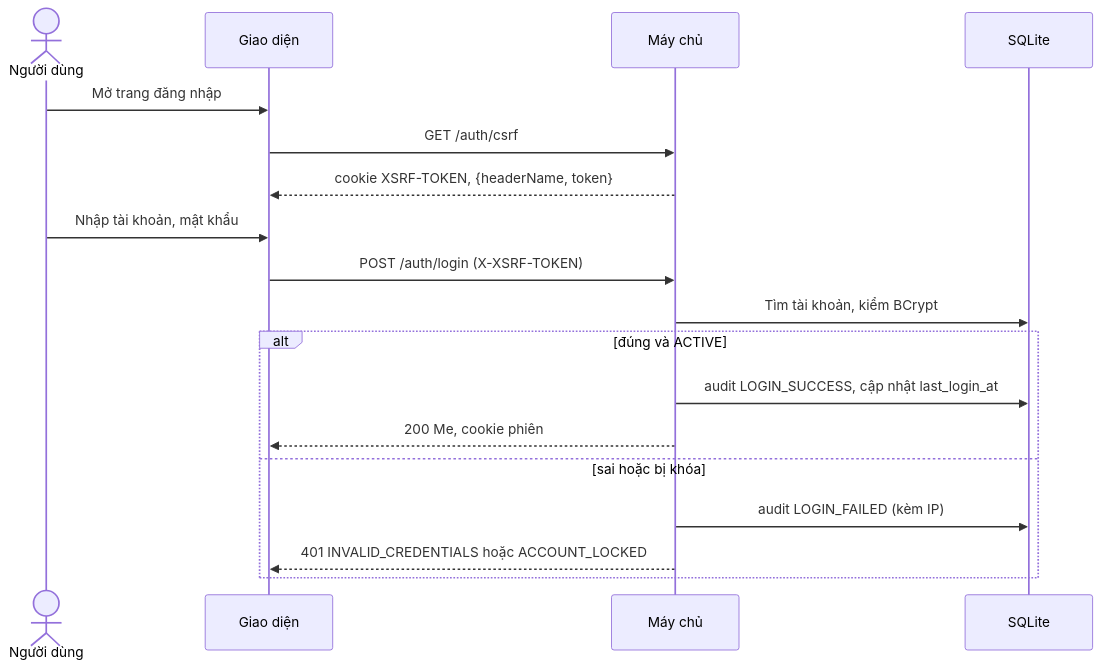
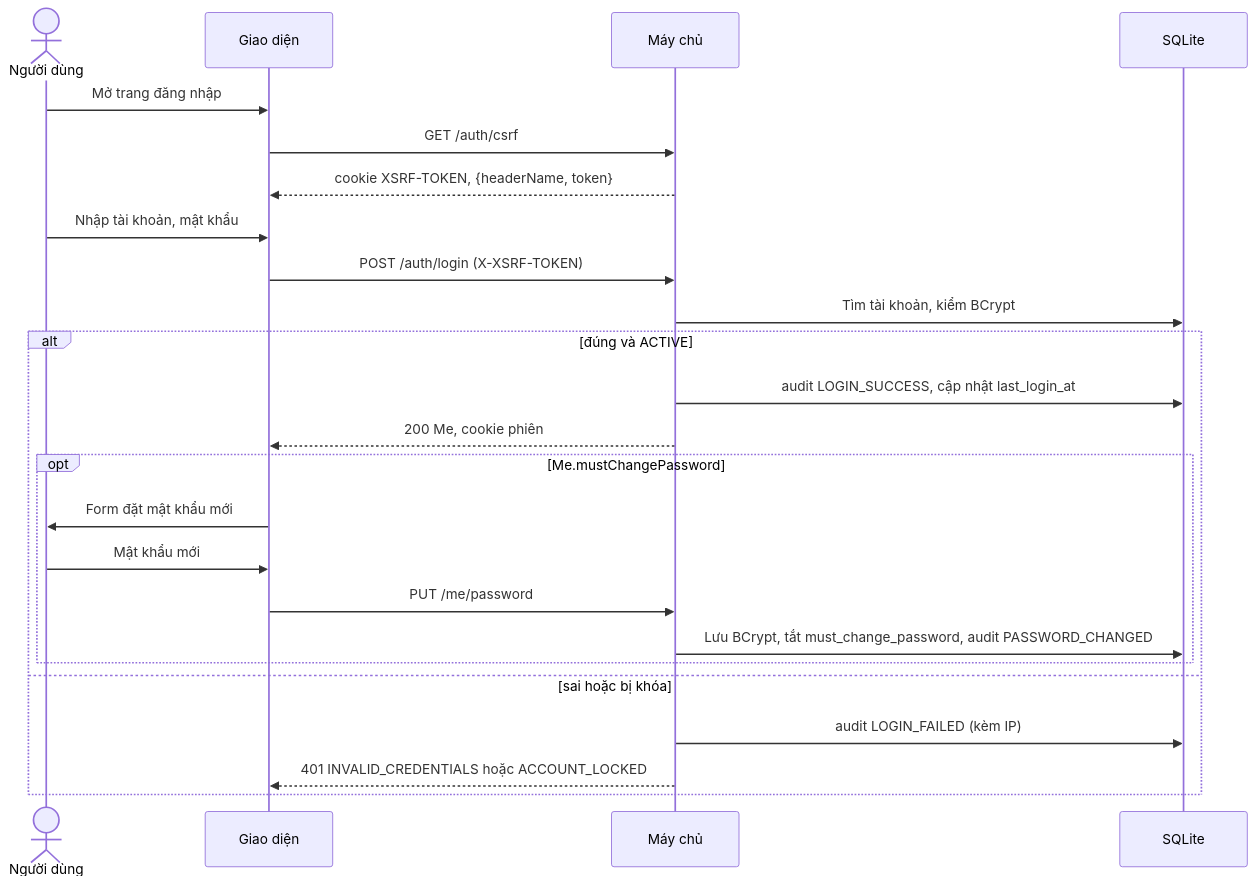
The third of 7 diagrams in docs/USE-CASE.md (copirlo20/Training-Statistics), drawn with Mermaid before and after one commit. The commit also changed other lines of this file and 31 other files, not shown here.

````diff
--- a/docs/USE-CASE.md
+++ b/docs/USE-CASE.md
@@ -402,20 +402,26 @@
 ```mermaid
 sequenceDiagram
     actor U as Người dùng
     participant FE as Giao diện
     participant API as Máy chủ
     participant DB as SQLite
     U->>FE: Mở trang đăng nhập
     FE->>API: GET /auth/csrf
     API-->>FE: cookie XSRF-TOKEN, {headerName, token}
     U->>FE: Nhập tài khoản, mật khẩu
     FE->>API: POST /auth/login (X-XSRF-TOKEN)
     API->>DB: Tìm tài khoản, kiểm BCrypt
     alt đúng và ACTIVE
         API->>DB: audit LOGIN_SUCCESS, cập nhật last_login_at
         API-->>FE: 200 Me, cookie phiên
+        opt Me.mustChangePassword
+            FE->>U: Form đặt mật khẩu mới
+            U->>FE: Mật khẩu mới
+            FE->>API: PUT /me/password
+            API->>DB: Lưu BCrypt, tắt must_change_password, audit PASSWORD_CHANGED
+        end
     else sai hoặc bị khóa
         API->>DB: audit LOGIN_FAILED (kèm IP)
         API-->>FE: 401 INVALID_CREDENTIALS hoặc ACCOUNT_LOCKED
     end
 ```
````
